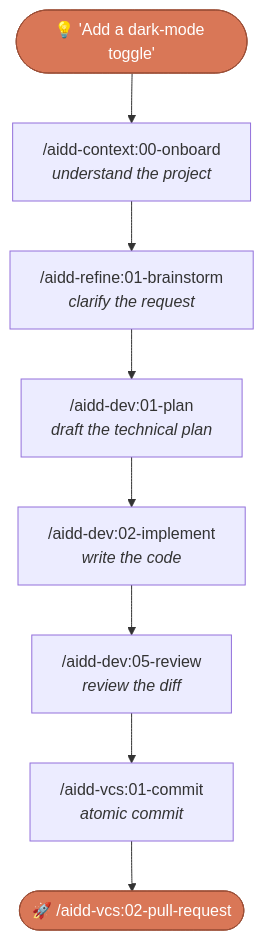
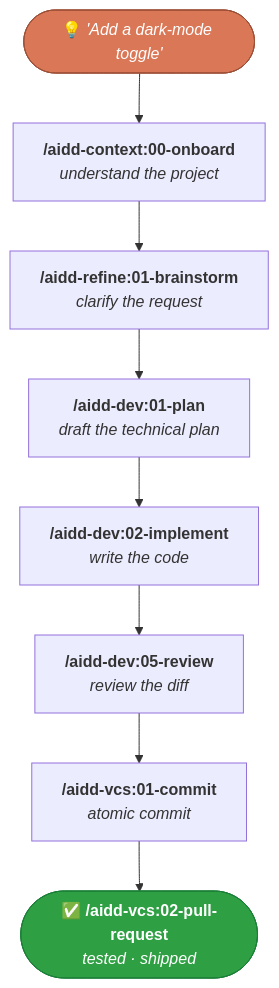
The diagram in README.md (ai-driven-dev/framework), drawn with Mermaid before and after one commit. The commit also changed other lines of this file, not shown here.

First line of the commit message:
docs(framework): polish README — section emojis, numbered lists, recipe table, mermaid styling

````diff
--- a/README.md
+++ b/README.md
@@ -77,16 +77,18 @@
 ```mermaid
 flowchart TD
-    Idea(["💡 'Add a dark-mode toggle'"])
-    Onboard["/aidd-context:00-onboard<br/><i>understand the project</i>"]
-    Brainstorm["/aidd-refine:01-brainstorm<br/><i>clarify the request</i>"]
-    Plan["/aidd-dev:01-plan<br/><i>draft the technical plan</i>"]
-    Implement["/aidd-dev:02-implement<br/><i>write the code</i>"]
-    Review["/aidd-dev:05-review<br/><i>review the diff</i>"]
-    Commit["/aidd-vcs:01-commit<br/><i>atomic commit</i>"]
-    PR(["🚀 /aidd-vcs:02-pull-request"])
+    Idea(["💡 <i>'Add a dark-mode toggle'</i>"])
+    Onboard["<b>/aidd-context:00-onboard</b><br/><i>understand the project</i>"]
+    Brainstorm["<b>/aidd-refine:01-brainstorm</b><br/><i>clarify the request</i>"]
+    Plan["<b>/aidd-dev:01-plan</b><br/><i>draft the technical plan</i>"]
+    Implement["<b>/aidd-dev:02-implement</b><br/><i>write the code</i>"]
+    Review["<b>/aidd-dev:05-review</b><br/><i>review the diff</i>"]
+    Commit["<b>/aidd-vcs:01-commit</b><br/><i>atomic commit</i>"]
+    PR(["✅ <b>/aidd-vcs:02-pull-request</b><br/><i>tested · shipped</i>"])
 
     Idea --> Onboard --> Brainstorm --> Plan --> Implement --> Review --> Commit --> PR
 
-    classDef edge fill:#D97757,stroke:#9c4f37,color:#fff;
-    class Idea,PR edge;
+    classDef start fill:#D97757,stroke:#9c4f37,color:#fff;
+    classDef done fill:#2ea043,stroke:#1a7f37,color:#fff;
+    class Idea start;
+    class PR done;
 ```
````
